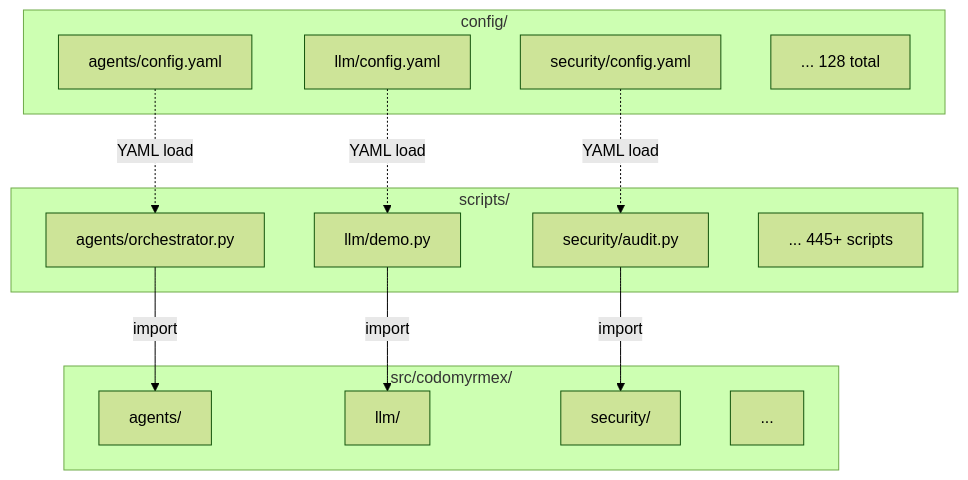
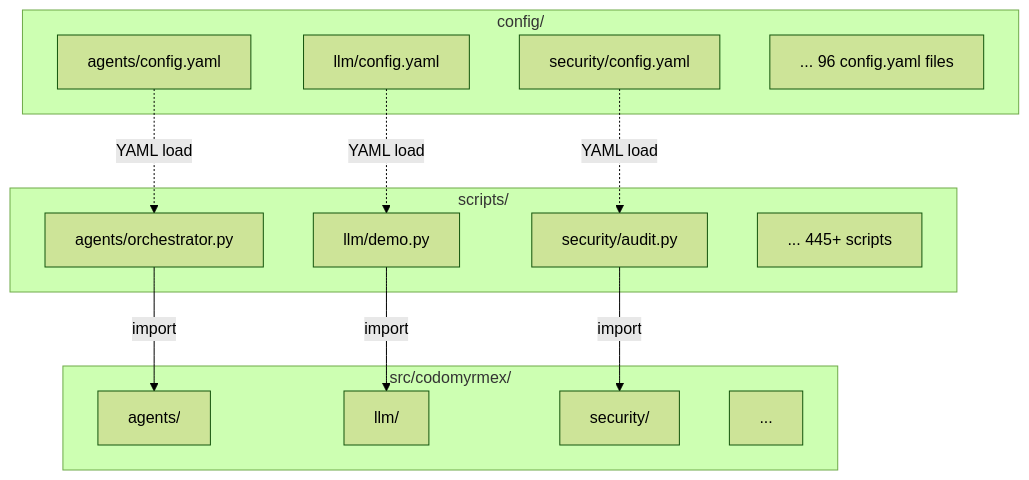
Before and after one commit to docxology/codomyrmex: the sixth of 7 diagrams in README.md, drawn with Mermaid (forest theme). The commit also changed other lines of this file and 948 other files, not shown here.

````diff
--- a/README.md
+++ b/README.md
@@ -660,30 +661,30 @@
 ```mermaid
 graph TB
     subgraph ConfigRoot["config/"]
         C1["agents/config.yaml"]
         C2["llm/config.yaml"]
         C3["security/config.yaml"]
-        Cdots["... 128 total"]
+        Cdots["... 96 config.yaml files"]
     end
 
     subgraph Scripts["scripts/"]
         S1["agents/orchestrator.py"]
         S2["llm/demo.py"]
         S3["security/audit.py"]
         Sdots["... 445+ scripts"]
     end
 
     subgraph Source["src/codomyrmex/"]
         Src1["agents/"]
         Src2["llm/"]
         Src3["security/"]
         SrcDots["..."]
     end
 
     C1 -.->|"YAML load"| S1
     C2 -.->|"YAML load"| S2
     C3 -.->|"YAML load"| S3
     S1 -->|"import"| Src1
     S2 -->|"import"| Src2
     S3 -->|"import"| Src3
 ```
````
